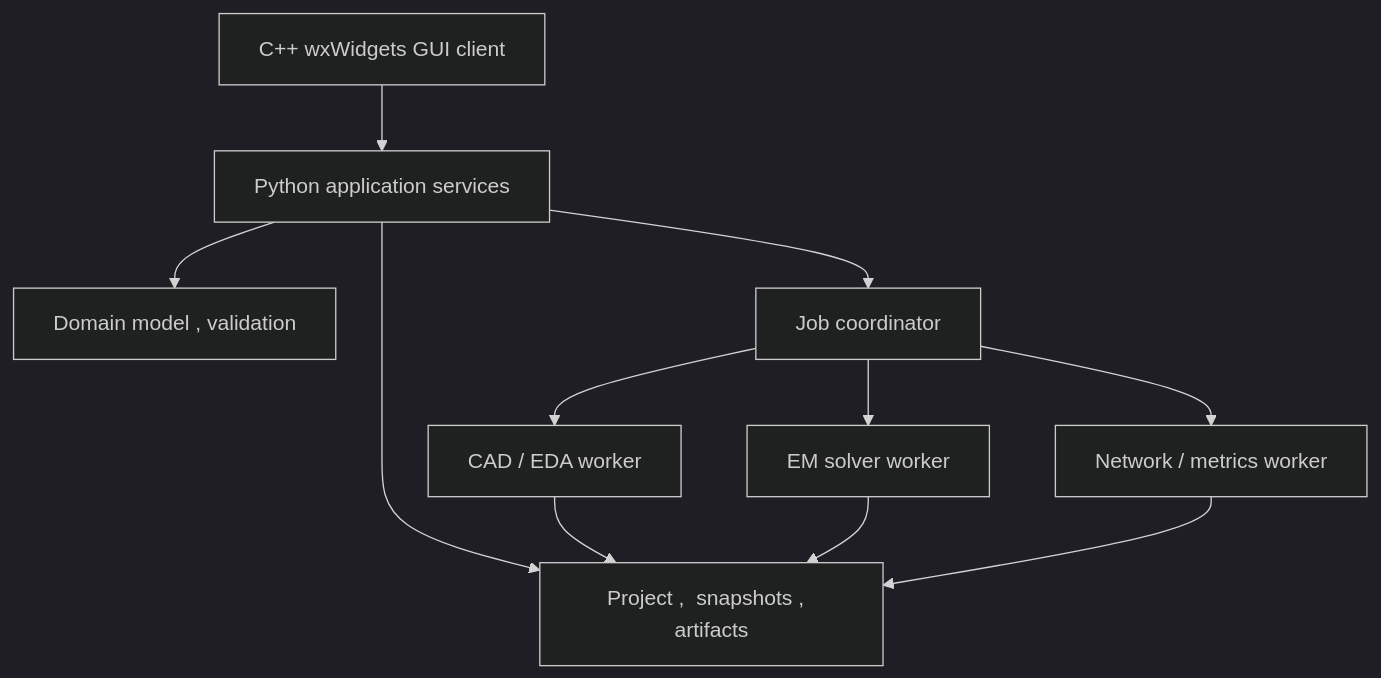
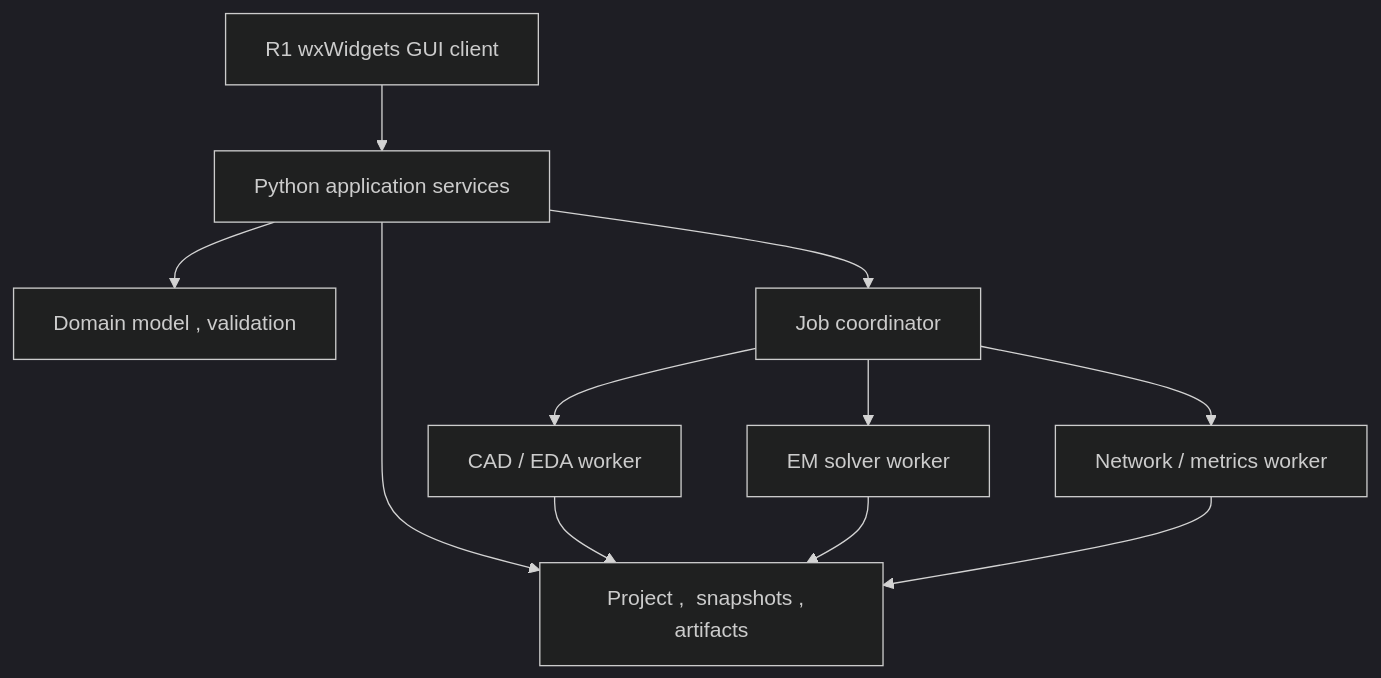
The diagram in 01_개발문서/03_아키텍처/01_소프트웨어_아키텍처.md (EIDOSDATA/TraceWave-Studio), drawn with Mermaid (dark theme) before and after one commit. The commit also changed other lines of this file and 48 other files, not shown here.

````diff
--- a/01_개발문서/03_아키텍처/01_소프트웨어_아키텍처.md
+++ b/01_개발문서/03_아키텍처/01_소프트웨어_아키텍처.md
@@ -11,13 +11,13 @@
 ```mermaid
 flowchart TD
-    UI["C++ wxWidgets GUI client"] --> APP["Python application services"]
+    UI["R1 wxWidgets GUI client"] --> APP["Python application services"]
     APP --> DOM["Domain model ,  validation"]
     APP --> JOB["Job coordinator"]
     APP --> STORE["Project ,  snapshots ,  artifacts"]
     JOB --> CAD["CAD / EDA worker"]
     JOB --> EM["EM solver worker"]
     JOB --> POST["Network / metrics worker"]
     CAD --> STORE
     EM --> STORE
     POST --> STORE
 ```
````
